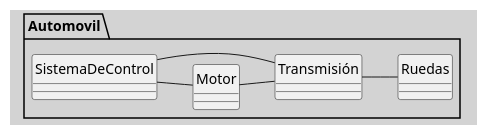
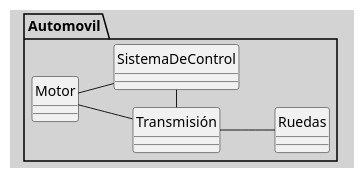
Before and after one commit to egrpy/egr-zettel-lectures: the diagram in src/site/notes/050 Base de Conocimientos/200  Mi Zettelkasten/100 Docencia/IS1/2025/Clase 14 Diagramas de Interacción/Zk Diagramas de Interacción (Una Metáfora para Comprender los Diagramas de interacción en UML).md, drawn with PlantUML. The commit also changed other lines of this file and 2 other files, not shown here.

````diff
--- a/src/site/notes/050 Base de Conocimientos/200  Mi Zettelkasten/100 Docencia/IS1/2025/Clase 14 Diagramas de Interacción/Zk Diagramas de Interacción (Una Metáfora para Comprender los Diagramas de interacción en UML).md
+++ b/src/site/notes/050 Base de Conocimientos/200  Mi Zettelkasten/100 Docencia/IS1/2025/Clase 14 Diagramas de Interacción/Zk Diagramas de Interacción (Una Metáfora para Comprender los Diagramas de interacción en UML).md
@@ -11,23 +11,23 @@
 ```plantuml
 @startuml
 !pragma layout smetana
 skinparam style strictuml
 skinparam BackgroundColor LightGray
 left to right direction
 skinparam conditionStyle InsideDiamond
 'skinparam linetype ortho
 
 package Automovil {
 	class Motor
 	class Transmisión
 	class Ruedas
 	class SistemaDeControl
 }	
 
 Motor -- Transmisión
 Transmisión -- Ruedas
 SistemaDeControl -- Motor
-SistemaDeControl -- Transmisión
+SistemaDeControl -l- Transmisión
 
 @enduml
 ```
````
